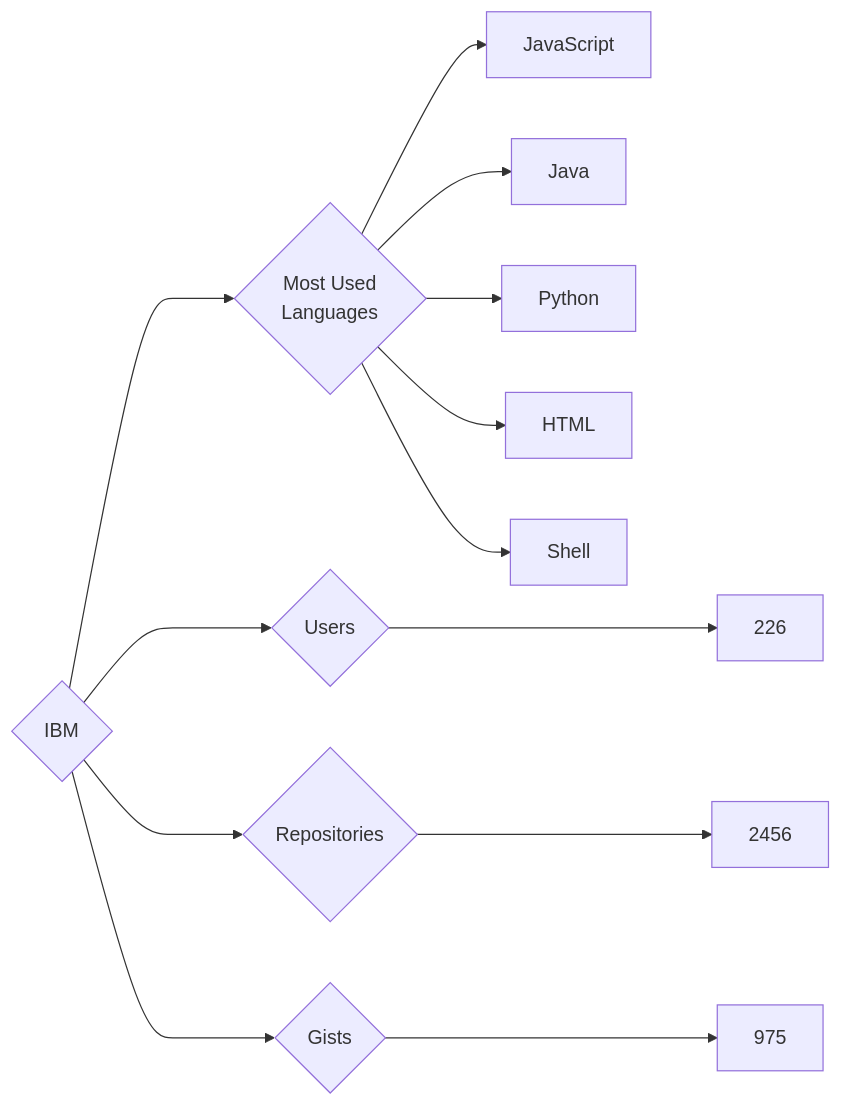
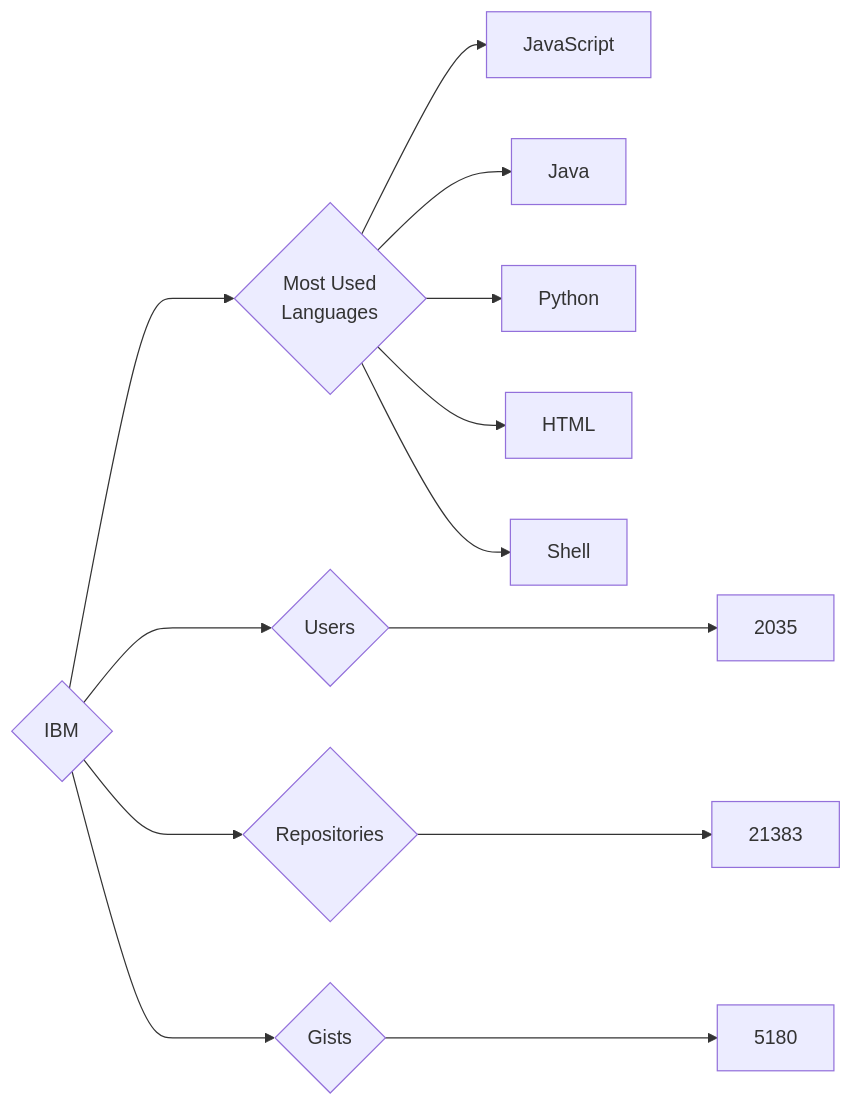
Before and after one commit to trickest/insiders: the diagram in targets/IBM/README.md, drawn with Mermaid. The commit also changed 720 other files, not shown here.

````diff
--- a/targets/IBM/README.md
+++ b/targets/IBM/README.md
@@ -3,13 +3,13 @@
 ```mermaid
 graph LR
 COMPANY_NAME{IBM}
-COMPANY_NAME ---> U{Users} ---> UN[226]
-COMPANY_NAME ---> R{Repositories} ---> RN[2456]
-COMPANY_NAME ---> G{Gists} ---> GN[975]
+COMPANY_NAME ---> U{Users} ---> UN[2035]
+COMPANY_NAME ---> R{Repositories} ---> RN[21383]
+COMPANY_NAME ---> G{Gists} ---> GN[5180]
 COMPANY_NAME ---> ML{Most Used<br>Languages}
 ML --> JavaScript[JavaScript]
 ML --> Java[Java]
 ML --> Python[Python]
 ML --> HTML[HTML]
 ML --> Shell[Shell]
 ```
````
